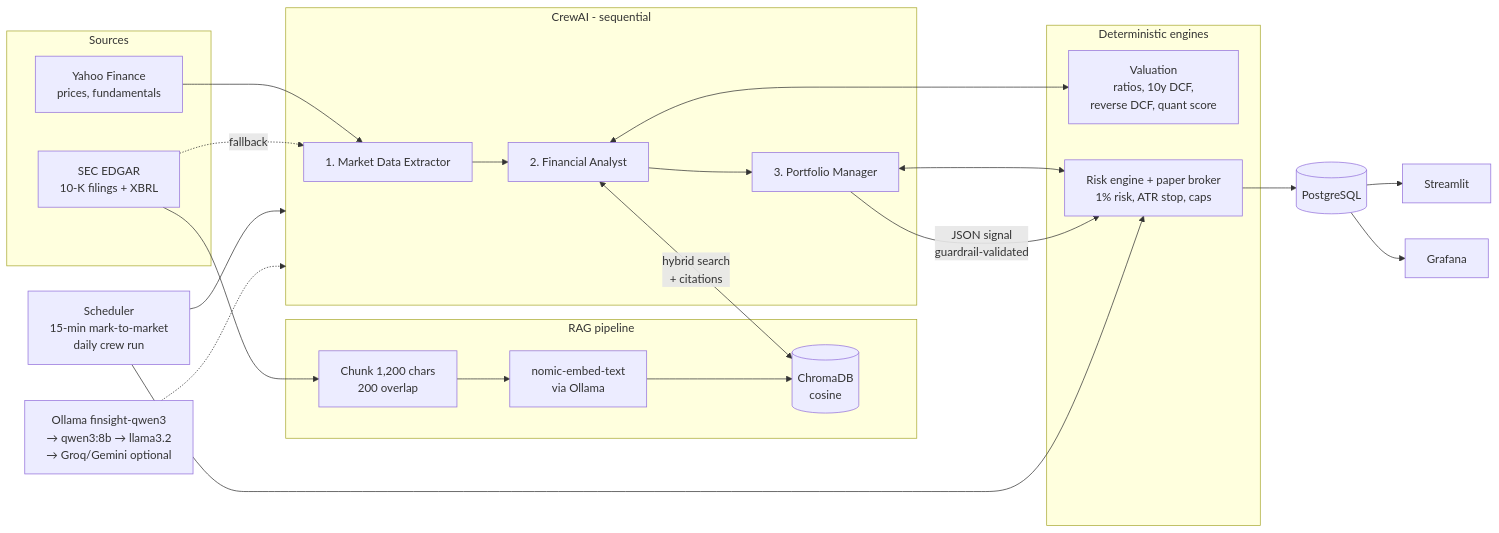
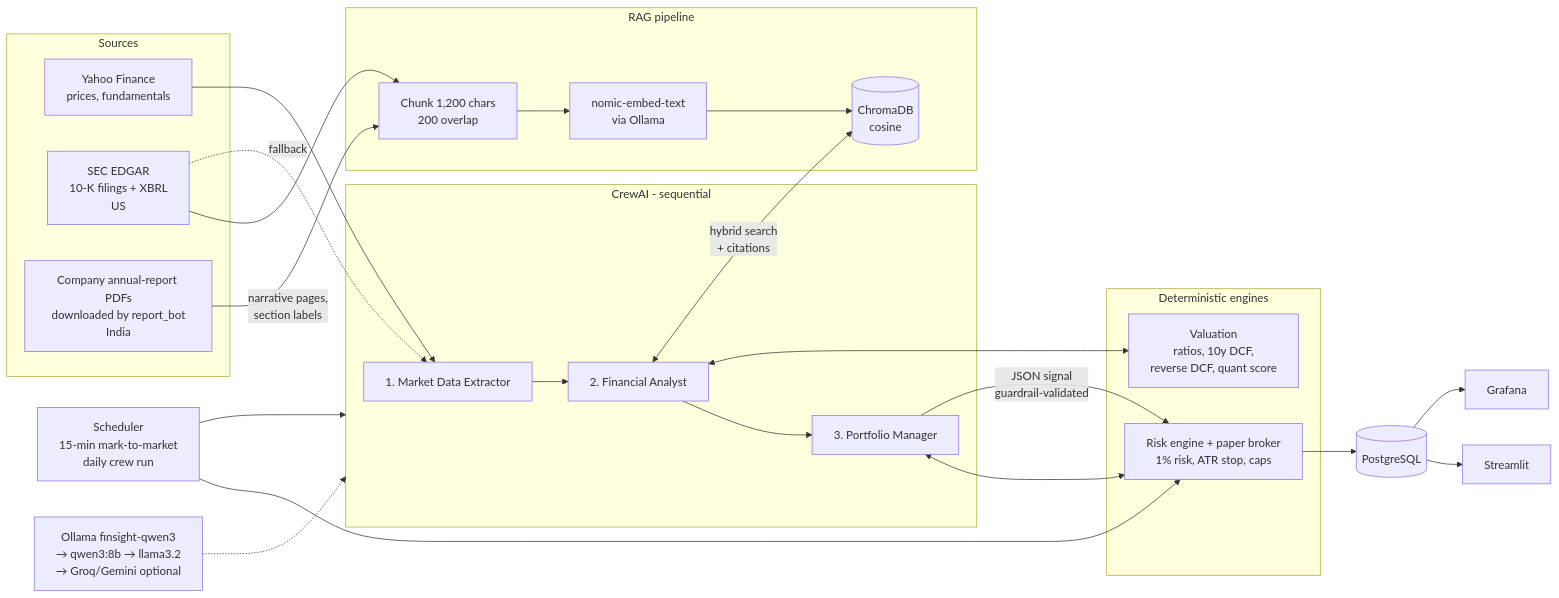
The diagram in README.md (Mahaveersonii/finsight-crew), drawn with Mermaid before and after one commit. The commit also changed other lines of this file and 2 other files, not shown here.

Commit message:
Docs: README covers both markets, new safeguards, India backtest; script examples

````diff
--- a/README.md
+++ b/README.md
@@ -40,40 +43,42 @@
 ```mermaid
 flowchart LR
     subgraph Sources
         YF[Yahoo Finance<br/>prices, fundamentals]
-        SEC[SEC EDGAR<br/>10-K filings + XBRL]
+        SEC[SEC EDGAR<br/>10-K filings + XBRL<br/>US]
+        AR[Company annual-report PDFs<br/>downloaded by report_bot<br/>India]
     end
 
     subgraph RAG["RAG pipeline"]
         CH[Chunk 1,200 chars<br/>200 overlap]
         EMB[nomic-embed-text<br/>via Ollama]
         VDB[(ChromaDB<br/>cosine)]
         CH --> EMB --> VDB
     end
 
     subgraph Crew["CrewAI - sequential"]
         A1[1. Market Data Extractor]
         A2[2. Financial Analyst]
         A3[3. Portfolio Manager]
         A1 --> A2 --> A3
     end
 
     subgraph Engine["Deterministic engines"]
         VAL[Valuation<br/>ratios, 10y DCF,<br/>reverse DCF, quant score]
         RISK[Risk engine + paper broker<br/>1% risk, ATR stop, caps]
     end
 
     SEC --> CH
+    AR -->|narrative pages,<br/>section labels| CH
     YF --> A1
     SEC -. fallback .-> A1
     A2 <--> VAL
     A2 <-->|hybrid search<br/>+ citations| VDB
     A3 <--> RISK
     A3 -->|JSON signal<br/>guardrail-validated| RISK
     RISK --> PG[(PostgreSQL)]
     PG --> ST[Streamlit]
     PG --> GF[Grafana]
     SCH[Scheduler<br/>15-min mark-to-market<br/>daily crew run] --> Crew
     SCH --> RISK
     LLM[Ollama finsight-qwen3<br/>→ qwen3:8b → llama3.2<br/>→ Groq/Gemini optional] -.-> Crew
 ```
````
